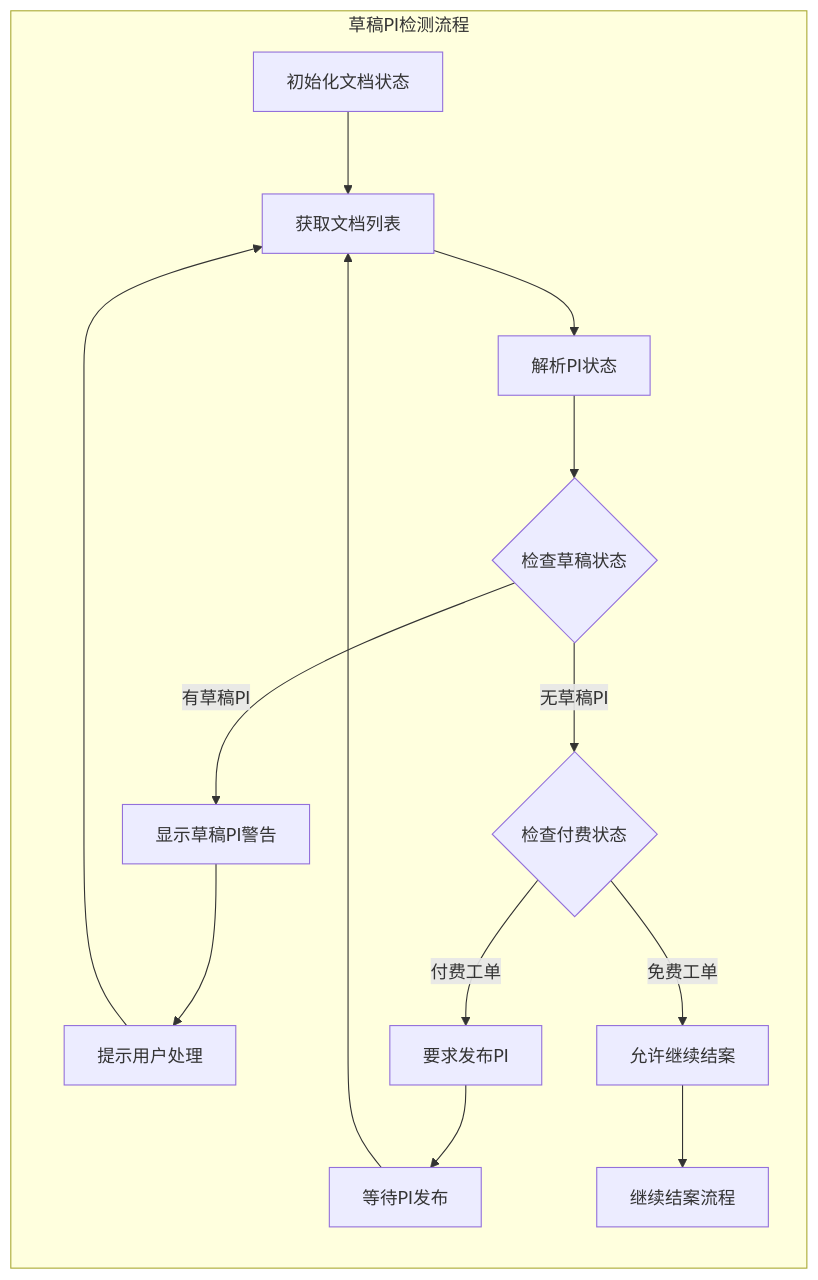
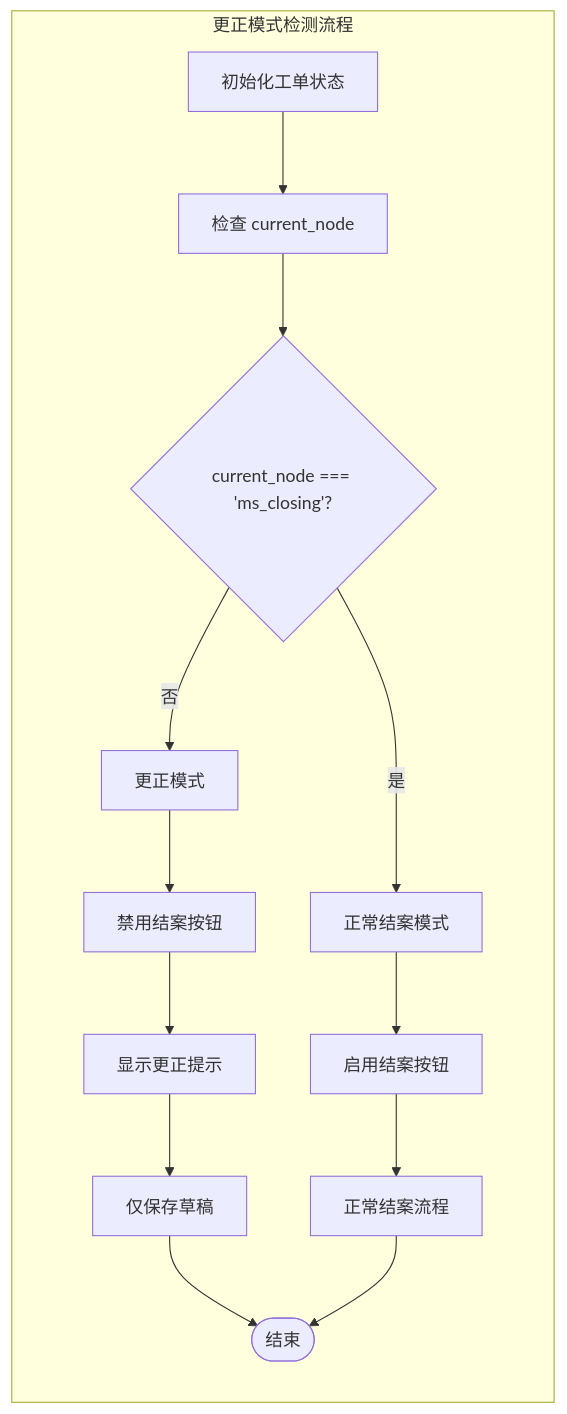
Before and after one commit to CubeEdge/Longhorn: the fifth of 9 diagrams in .qoder/repowiki/zh/content/前端组件架构/服务工作流增强/结案交接模态框.md, drawn with Mermaid. The commit also changed other lines of this file and 47 other files, not shown here.

````diff
--- a/.qoder/repowiki/zh/content/前端组件架构/服务工作流增强/结案交接模态框.md
+++ b/.qoder/repowiki/zh/content/前端组件架构/服务工作流增强/结案交接模态框.md
@@ -220,17 +224,16 @@
 ```mermaid
 flowchart LR
-subgraph "草稿PI检测流程"
-Init[初始化文档状态] --> FetchDocs[获取文档列表]
-FetchDocs --> ParsePI[解析PI状态]
-ParsePI --> CheckDraft{检查草稿状态}
-CheckDraft --> |有草稿PI| ShowDraftWarning[显示草稿PI警告]
-CheckDraft --> |无草稿PI| CheckPaid{检查付费状态}
-ShowDraftWarning --> PromptAction[提示用户处理]
-PromptAction --> FetchDocs
-CheckPaid --> |付费工单| RequirePI[要求发布PI]
-CheckPaid --> |免费工单| AllowProceed[允许继续结案]
-RequirePI --> WaitPI[等待PI发布]
-AllowProceed --> Proceed[继续结案流程]
-WaitPI --> FetchDocs
+subgraph "更正模式检测流程"
+Init[初始化工单状态] --> CheckNode[检查 current_node]
+CheckNode --> IsClosing{current_node === 'ms_closing'?}
+IsClosing --> |是| NormalMode[正常结案模式]
+IsClosing --> |否| CorrectMode[更正模式]
+NormalMode --> EnableSettle[启用结案按钮]
+CorrectMode --> DisableSettle[禁用结案按钮]
+DisableSettle --> ShowWarning[显示更正提示]
+ShowWarning --> SaveOnly[仅保存草稿]
+EnableSettle --> Proceed[正常结案流程]
+SaveOnly --> End([结束])
+Proceed --> End
 end
 ```
````
